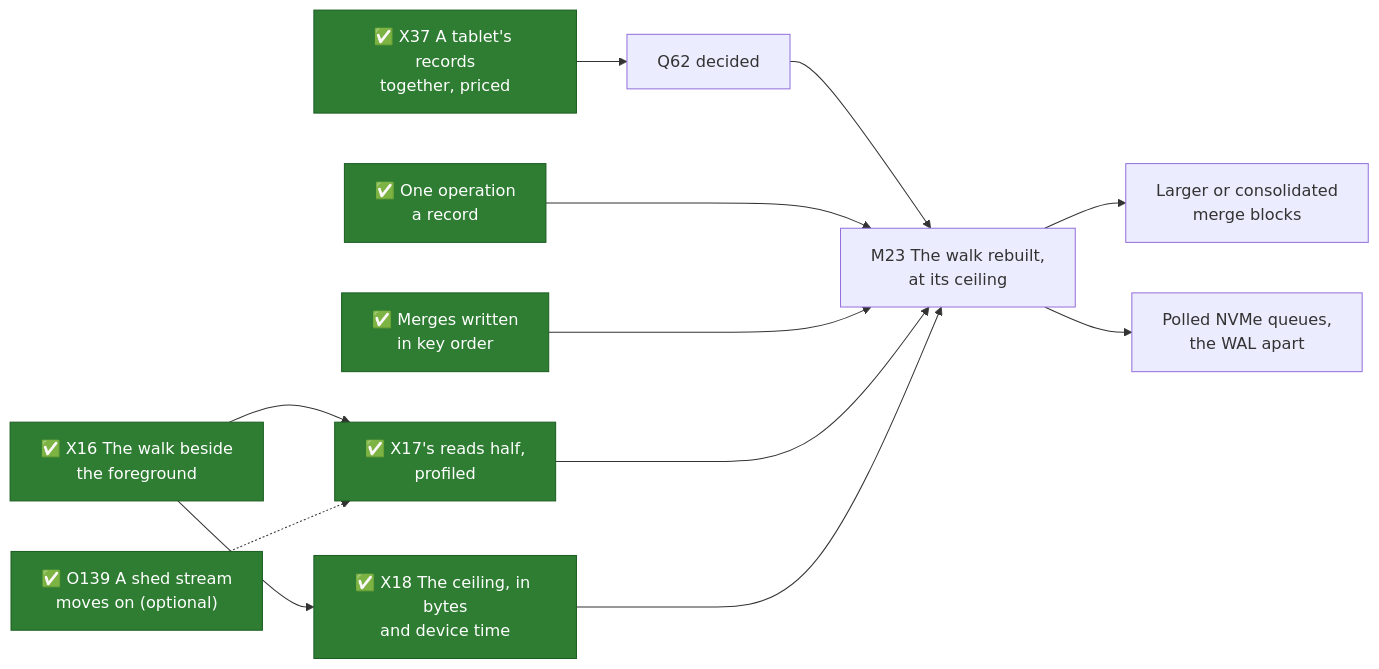
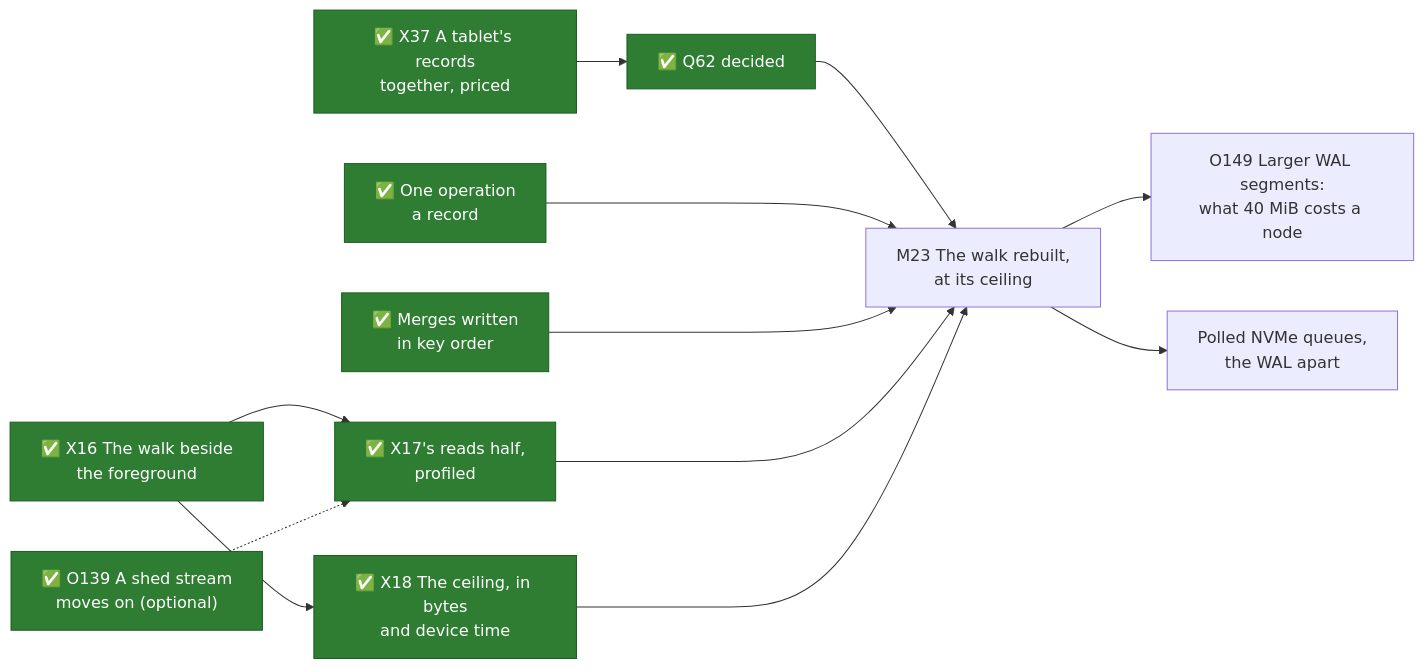
One commit to mjcarson/shoal changed the diagram in docs/src/future-work/scans/scan-speed.md. Above: the diagram before and after it, drawn with Mermaid. The commit also changed other lines of this file and 15 other files, not shown here.

````diff
--- a/docs/src/future-work/scans/scan-speed.md
+++ b/docs/src/future-work/scans/scan-speed.md
@@ -378,25 +378,25 @@
 ```mermaid
 flowchart LR
     classDef done fill:#2e7d32,stroke:#1b5e20,color:#ffffff
     X16["✅ X16 The walk beside<br>the foreground"]:::done
     Shed["✅ O139 A shed stream<br>moves on (optional)"]:::done
     Read1["✅ One operation<br>a record"]:::done
     Sorted["✅ Merges written<br>in key order"]:::done
     X37["✅ X37 A tablet's records<br>together, priced"]:::done
     X17["✅ X17's reads half,<br>profiled"]:::done
     X18["✅ X18 The ceiling, in bytes<br>and device time"]:::done
-    Q62["Q62 decided"]
+    Q62["✅ Q62 decided"]:::done
     M23["M23 The walk rebuilt,<br>at its ceiling"]
     X16 --> X17
     X16 --> X18
     Shed -.-> X17
     X37 --> Q62 --> M23
     Read1 ---> M23
     Sorted ---> M23
     X17 ---> M23
     X18 ---> M23
-    Blocks["Larger or consolidated<br>merge blocks"]
+    Blocks["O149 Larger WAL segments:<br>what 40 MiB costs a node"]
     Host["Polled NVMe queues,<br>the WAL apart"]
     M23 --> Blocks
     M23 --> Host
 ```
````
